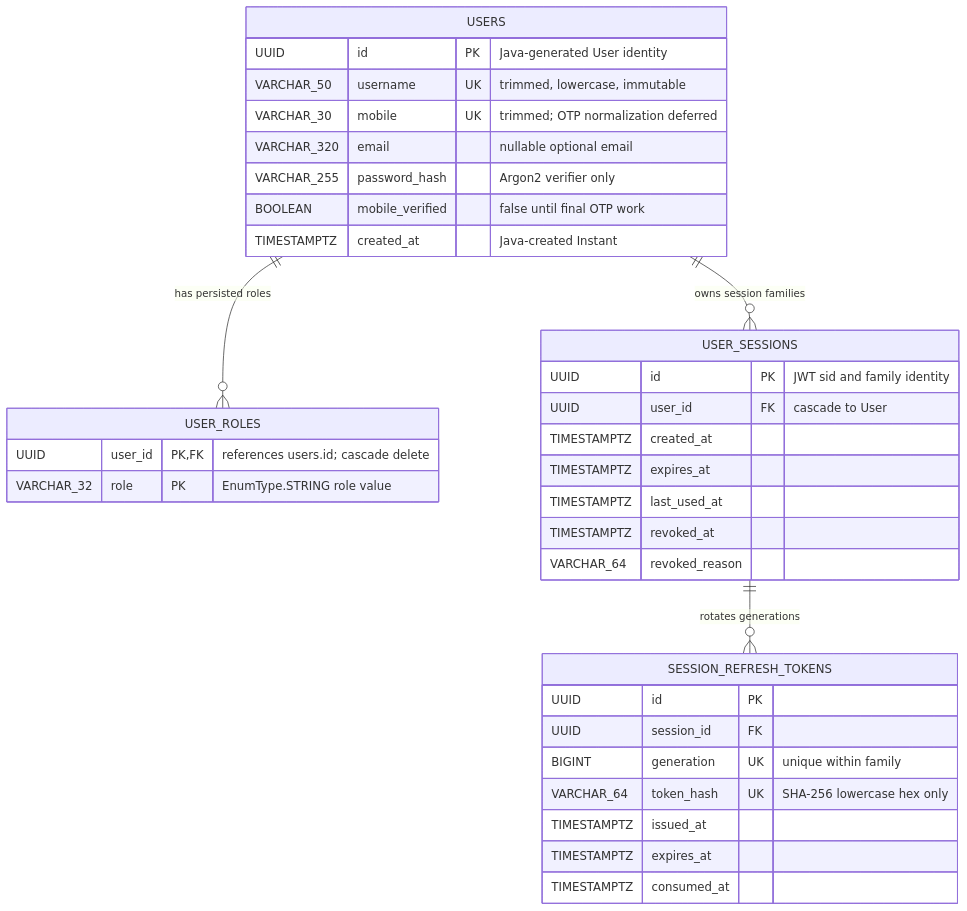
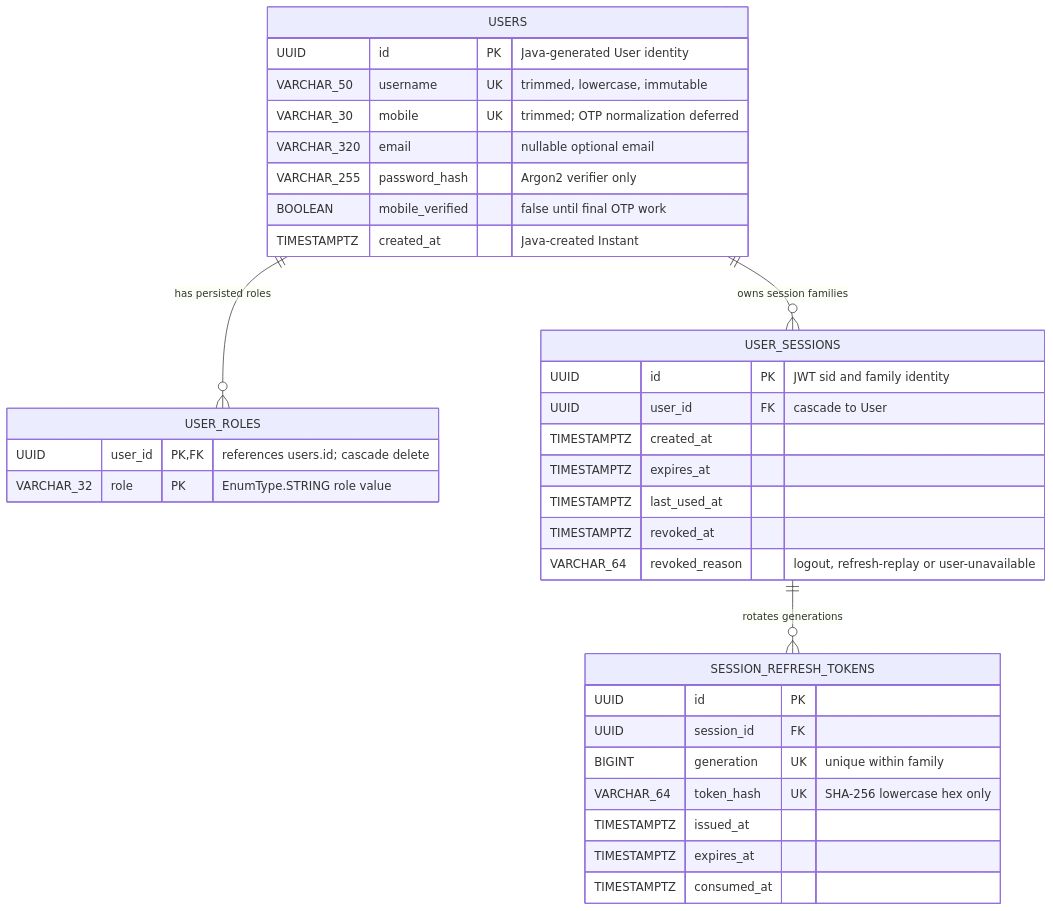
One commit to n-saakib/medi-wish-bd changed the first of 2 diagrams in backend/docs/db-architecture.md. Above: the diagram before and after it, drawn with Mermaid. The commit also changed other lines of this file and 169 other files, not shown here.

````diff
--- a/backend/docs/db-architecture.md
+++ b/backend/docs/db-architecture.md
@@ -16,41 +18,41 @@
 ```mermaid
 erDiagram
     USERS ||--o{ USER_ROLES : "has persisted roles"
     USERS ||--o{ USER_SESSIONS : "owns session families"
     USER_SESSIONS ||--o{ SESSION_REFRESH_TOKENS : "rotates generations"
 
     USERS {
         UUID id PK "Java-generated User identity"
         VARCHAR_50 username UK "trimmed, lowercase, immutable"
         VARCHAR_30 mobile UK "trimmed; OTP normalization deferred"
         VARCHAR_320 email "nullable optional email"
         VARCHAR_255 password_hash "Argon2 verifier only"
         BOOLEAN mobile_verified "false until final OTP work"
         TIMESTAMPTZ created_at "Java-created Instant"
     }
 
     USER_ROLES {
         UUID user_id PK, FK "references users.id; cascade delete"
         VARCHAR_32 role PK "EnumType.STRING role value"
     }
 
     USER_SESSIONS {
         UUID id PK "JWT sid and family identity"
         UUID user_id FK "cascade to User"
         TIMESTAMPTZ created_at
         TIMESTAMPTZ expires_at
         TIMESTAMPTZ last_used_at
         TIMESTAMPTZ revoked_at
-        VARCHAR_64 revoked_reason
+        VARCHAR_64 revoked_reason "logout, refresh-replay or user-unavailable"
     }
 
     SESSION_REFRESH_TOKENS {
         UUID id PK
         UUID session_id FK
         BIGINT generation UK "unique within family"
         VARCHAR_64 token_hash UK "SHA-256 lowercase hex only"
         TIMESTAMPTZ issued_at
         TIMESTAMPTZ expires_at
         TIMESTAMPTZ consumed_at
     }
 ```
````
